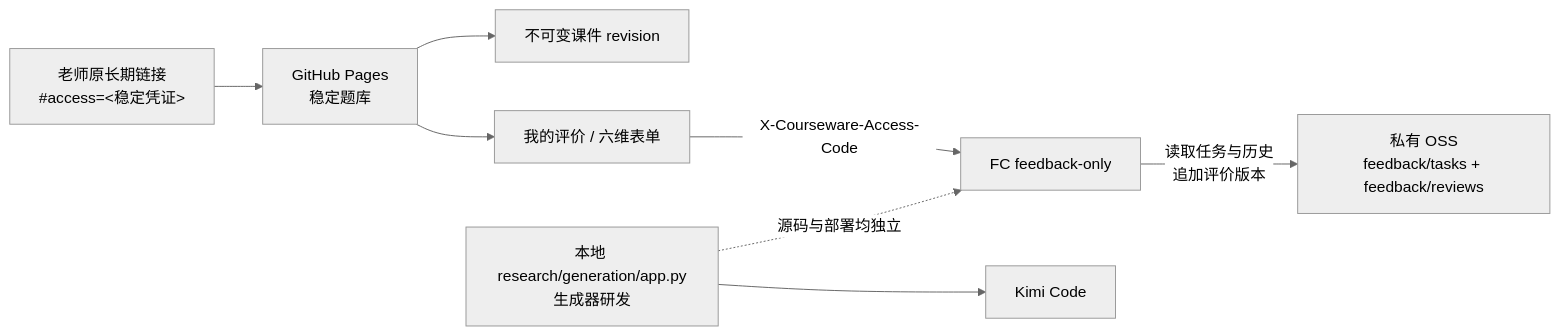
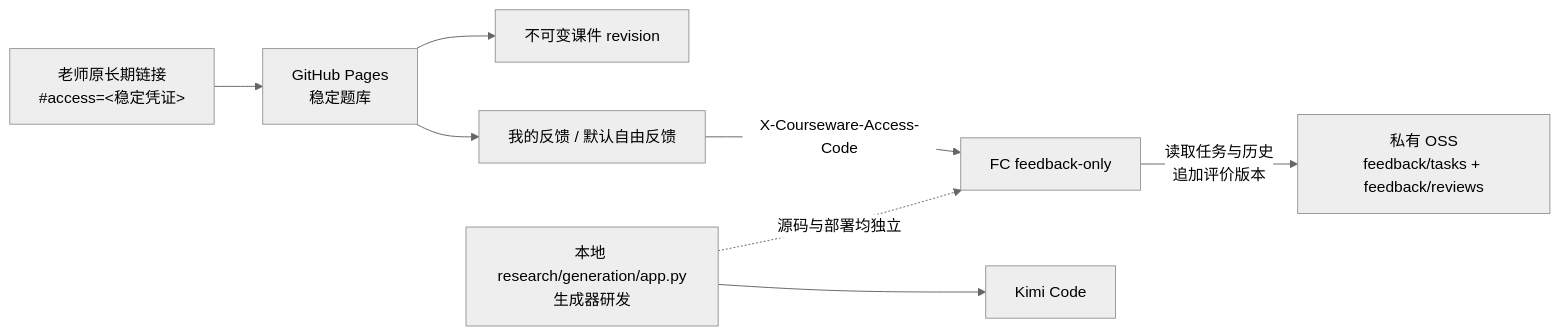
The diagram in docs/deploy/architecture.md (landeermail/courseware-space), drawn with Mermaid (neutral theme) before and after one commit. The commit also changed other lines of this file and 21 other files, not shown here.

````diff
--- a/docs/deploy/architecture.md
+++ b/docs/deploy/architecture.md
@@ -7,10 +7,10 @@
 ```mermaid
 flowchart LR
     T["老师原长期链接\n#access=<稳定凭证>"] --> P["GitHub Pages\n稳定题库"]
     P --> I["不可变课件 revision"]
-    P --> R["我的评价 / 六维表单"]
+    P --> R["我的反馈 / 默认自由反馈"]
     R -->|"X-Courseware-Access-Code"| F["FC feedback-only"]
     F -->|"读取任务与历史\n追加评价版本"| O["私有 OSS\nfeedback/tasks + feedback/reviews"]
     L["本地 research/generation/app.py\n生成器研发"] --> K["Kimi Code"]
     L -. "源码与部署均独立" .-> F
 ```
````
